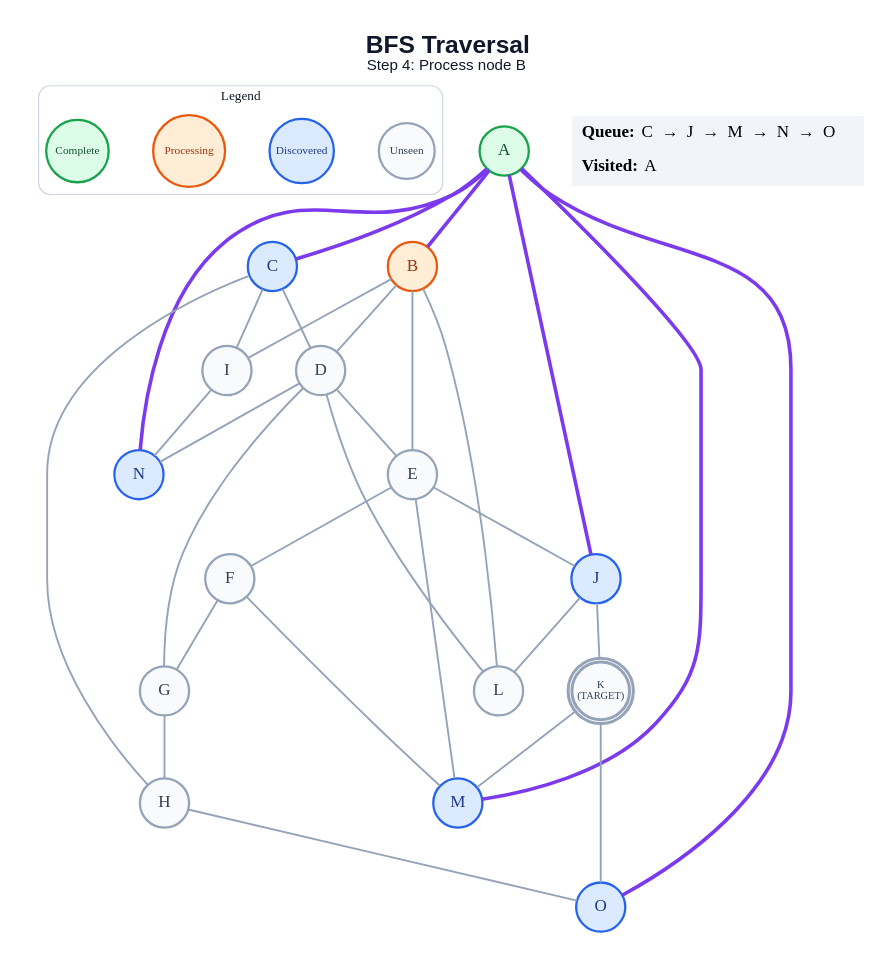
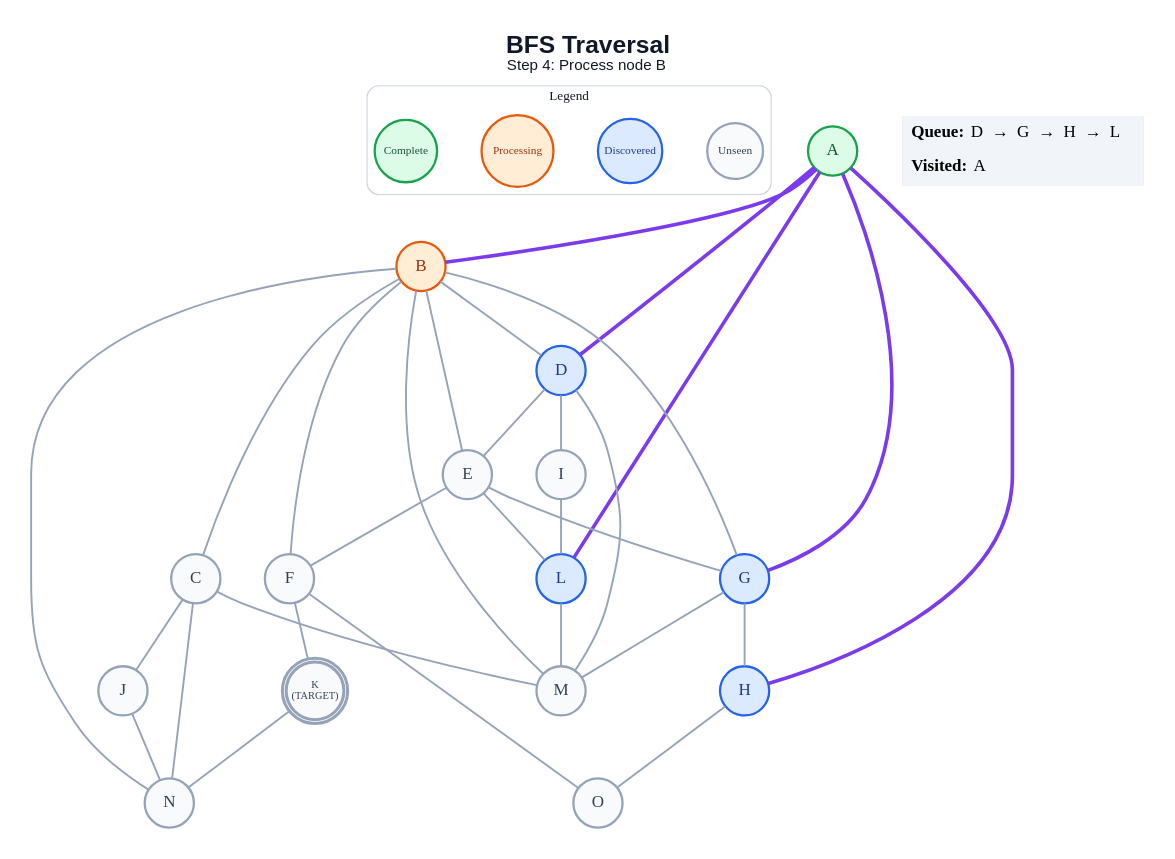
One commit to anon7238593-create/ai-slop changed the diagram in generated/short-circuit/bfs/step_04.dot. Above: the diagram before and after it, drawn with Graphviz. The commit also changed 328 other files, not shown here.

```diff
--- a/generated/short-circuit/bfs/step_04.dot
+++ b/generated/short-circuit/bfs/step_04.dot
@@ -1,63 +1,64 @@
 graph traversal {
   graph [layout=dot, rankdir=TB, bgcolor="#FFFFFF", pad="0.35", nodesep="0.65", ranksep="0.8", fontname="Arial"];
   node [shape=circle, style="filled", fontname="Arial Bold", fontsize=18, width=0.72, fixedsize=true, penwidth=2.4];
   edge [color="#94A3B8", penwidth=2.0];
   label=<<B>BFS Traversal</B><BR/><FONT POINT-SIZE="16">Step 4: Process node B</FONT>>; labelloc="t"; fontsize=26; fontname="Arial"; fontcolor="#0F172A";
   subgraph cluster_legend { label="Legend"; color="#CBD5E1"; penwidth=1.2; style="rounded"; fontsize=14; fontname="Arial Bold";
     key_unseen [label="Unseen", fillcolor="#F8FAFC", color="#94A3B8", fontcolor="#334155", fontsize=12, width=0.82];
     key_frontier [label="Discovered", fillcolor="#DBEAFE", color="#2563EB", fontcolor="#1E3A8A", fontsize=12, width=0.95];
     key_current [label="Processing", fillcolor="#FFEDD5", color="#EA580C", fontcolor="#9A3412", fontsize=12, width=1.05];
     key_done [label="Complete", fillcolor="#DCFCE7", color="#16A34A", fontcolor="#14532D", fontsize=12, width=0.92];
     { rank=same; key_unseen; key_frontier; key_current; key_done; }
   }
   A [label="A", fillcolor="#DCFCE7", color="#16A34A", fontcolor="#14532D", peripheries=1, penwidth=2.4];
   B [label="B", fillcolor="#FFEDD5", color="#EA580C", fontcolor="#9A3412", peripheries=1, penwidth=2.4];
-  C [label="C", fillcolor="#DBEAFE", color="#2563EB", fontcolor="#1E3A8A", peripheries=1, penwidth=2.4];
-  D [label="D", fillcolor="#F8FAFC", color="#94A3B8", fontcolor="#334155", peripheries=1, penwidth=2.4];
+  C [label="C", fillcolor="#F8FAFC", color="#94A3B8", fontcolor="#334155", peripheries=1, penwidth=2.4];
+  D [label="D", fillcolor="#DBEAFE", color="#2563EB", fontcolor="#1E3A8A", peripheries=1, penwidth=2.4];
   E [label="E", fillcolor="#F8FAFC", color="#94A3B8", fontcolor="#334155", peripheries=1, penwidth=2.4];
   F [label="F", fillcolor="#F8FAFC", color="#94A3B8", fontcolor="#334155", peripheries=1, penwidth=2.4];
-  G [label="G", fillcolor="#F8FAFC", color="#94A3B8", fontcolor="#334155", peripheries=1, penwidth=2.4];
-  H [label="H", fillcolor="#F8FAFC", color="#94A3B8", fontcolor="#334155", peripheries=1, penwidth=2.4];
+  G [label="G", fillcolor="#DBEAFE", color="#2563EB", fontcolor="#1E3A8A", peripheries=1, penwidth=2.4];
+  H [label="H", fillcolor="#DBEAFE", color="#2563EB", fontcolor="#1E3A8A", peripheries=1, penwidth=2.4];
   I [label="I", fillcolor="#F8FAFC", color="#94A3B8", fontcolor="#334155", peripheries=1, penwidth=2.4];
-  J [label="J", fillcolor="#DBEAFE", color="#2563EB", fontcolor="#1E3A8A", peripheries=1, penwidth=2.4];
+  J [label="J", fillcolor="#F8FAFC", color="#94A3B8", fontcolor="#334155", peripheries=1, penwidth=2.4];
   K [label="K\n(TARGET)", fillcolor="#F8FAFC", color="#94A3B8", fontcolor="#334155", peripheries=2, penwidth=3.2, fontsize=11, width=0.85, height=0.85];
-  L [label="L", fillcolor="#F8FAFC", color="#94A3B8", fontcolor="#334155", peripheries=1, penwidth=2.4];
-  M [label="M", fillcolor="#DBEAFE", color="#2563EB", fontcolor="#1E3A8A", peripheries=1, penwidth=2.4];
-  N [label="N", fillcolor="#DBEAFE", color="#2563EB", fontcolor="#1E3A8A", peripheries=1, penwidth=2.4];
-  O [label="O", fillcolor="#DBEAFE", color="#2563EB", fontcolor="#1E3A8A", peripheries=1, penwidth=2.4];
+  L [label="L", fillcolor="#DBEAFE", color="#2563EB", fontcolor="#1E3A8A", peripheries=1, penwidth=2.4];
+  M [label="M", fillcolor="#F8FAFC", color="#94A3B8", fontcolor="#334155", peripheries=1, penwidth=2.4];
+  N [label="N", fillcolor="#F8FAFC", color="#94A3B8", fontcolor="#334155", peripheries=1, penwidth=2.4];
+  O [label="O", fillcolor="#F8FAFC", color="#94A3B8", fontcolor="#334155", peripheries=1, penwidth=2.4];
   A -- B [color="#7C3AED", penwidth=3.8];
-  A -- C [color="#7C3AED", penwidth=3.8];
-  A -- J [color="#7C3AED", penwidth=3.8];
-  A -- M [color="#7C3AED", penwidth=3.8];
-  A -- N [color="#7C3AED", penwidth=3.8];
-  A -- O [color="#7C3AED", penwidth=3.8];
+  A -- D [color="#7C3AED", penwidth=3.8];
+  A -- G [color="#7C3AED", penwidth=3.8];
+  A -- H [color="#7C3AED", penwidth=3.8];
+  A -- L [color="#7C3AED", penwidth=3.8];
+  B -- C;
   B -- D;
   B -- E;
-  B -- I;
-  B -- L;
-  C -- D;
-  C -- H;
-  C -- I;
+  B -- F;
+  B -- G;
+  B -- M;
+  B -- N;
+  C -- J;
+  C -- M;
+  C -- N;
   D -- E;
-  D -- G;
-  D -- L;
-  D -- N;
+  D -- I;
+  D -- M;
   E -- F;
-  E -- J;
-  E -- M;
-  F -- G;
-  F -- M;
+  E -- G;
+  E -- L;
+  F -- K;
+  F -- O;
   G -- H;
+  G -- M;
   H -- O;
-  I -- N;
-  J -- K;
-  J -- L;
-  K -- M;
-  K -- O;
+  I -- L;
+  J -- N;
+  K -- N;
+  L -- M;
   status [shape=plain, fixedsize=false, width=0, height=0, margin=0, label=<
     <TABLE BORDER="0" CELLBORDER="0" CELLPADDING="7" BGCOLOR="#F1F5F9">
-      <TR><TD ALIGN="LEFT"><B>Queue:</B> C  →  J  →  M  →  N  →  O</TD></TR>
+      <TR><TD ALIGN="LEFT"><B>Queue:</B> D  →  G  →  H  →  L</TD></TR>
       <TR><TD ALIGN="LEFT"><B>Visited:</B> A</TD></TR>
     </TABLE>
   >];
 }
```
